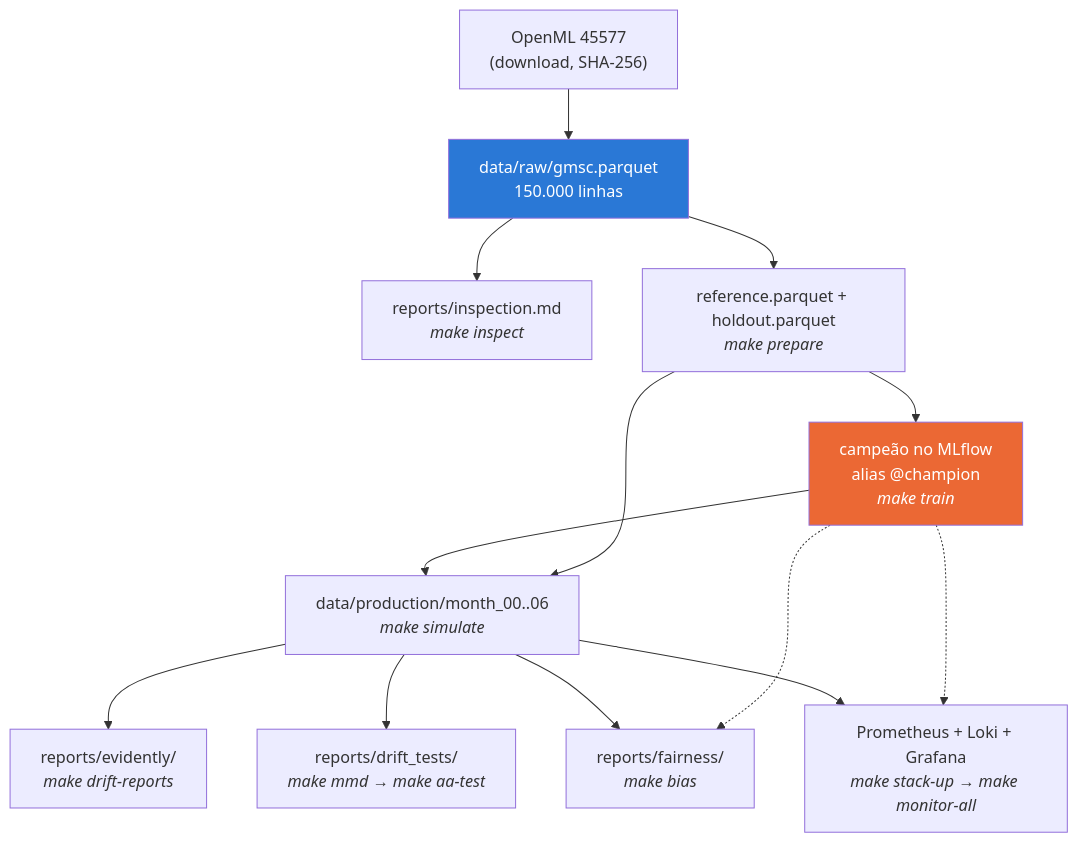
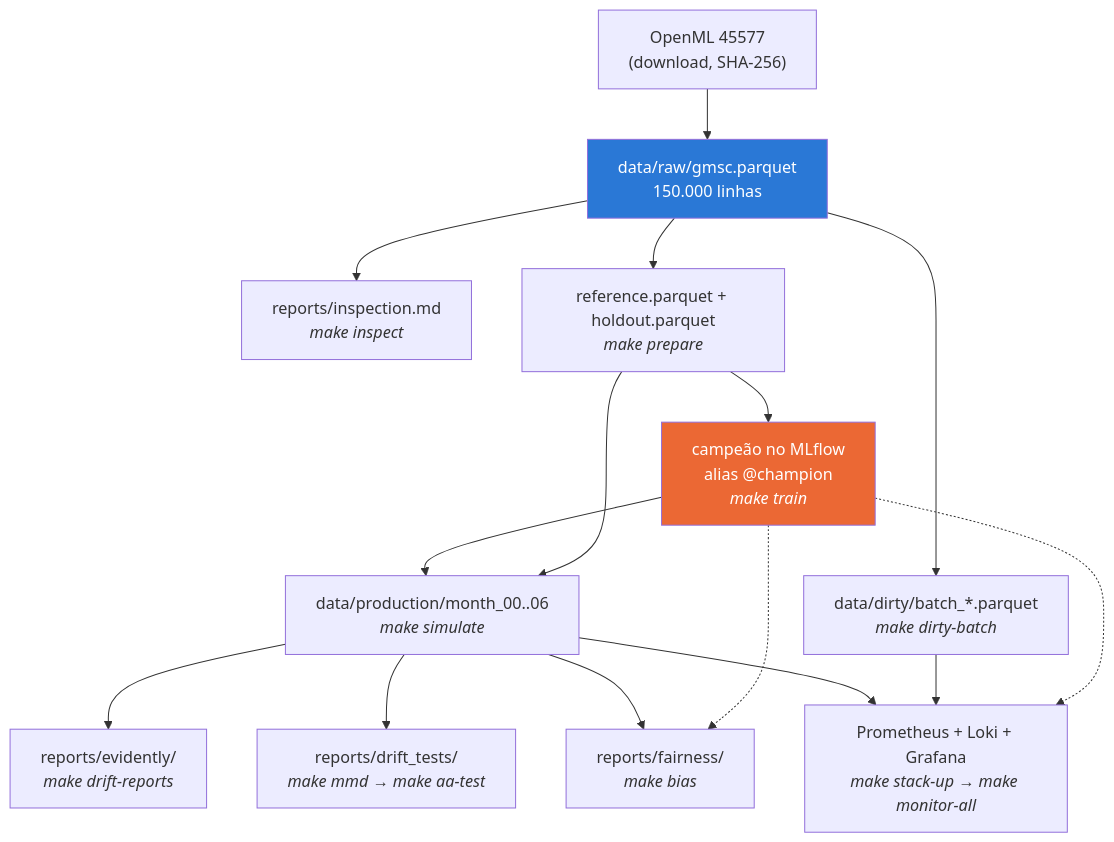
The diagram in README.md (rafaneder-maiorino/tech-challenge-fase4), drawn with Mermaid before and after one commit. The commit also changed other lines of this file and 2 other files, not shown here.

````diff
--- a/README.md
+++ b/README.md
@@ -35,18 +41,20 @@
 ```mermaid
 flowchart TD
     A["OpenML 45577<br/>(download, SHA-256)"] --> B["data/raw/gmsc.parquet<br/>150.000 linhas"]
     B --> C["reports/inspection.md<br/><i>make inspect</i>"]
     B --> D["reference.parquet + holdout.parquet<br/><i>make prepare</i>"]
     D --> E["campeão no MLflow<br/>alias @champion<br/><i>make train</i>"]
     E --> F["data/production/month_00..06<br/><i>make simulate</i>"]
     D --> F
     F --> G["reports/evidently/<br/><i>make drift-reports</i>"]
     F --> H["reports/drift_tests/<br/><i>make mmd &rarr; make aa-test</i>"]
     F --> I["reports/fairness/<br/><i>make bias</i>"]
     F --> J["Prometheus + Loki + Grafana<br/><i>make stack-up &rarr; make monitor-all</i>"]
+    B --> K["data/dirty/batch_*.parquet<br/><i>make dirty-batch</i>"]
+    K --> J
     E -.-> I
     E -.-> J
 
     style E fill:#eb6834,color:#fff
     style B fill:#2a78d6,color:#fff
 ```
````
